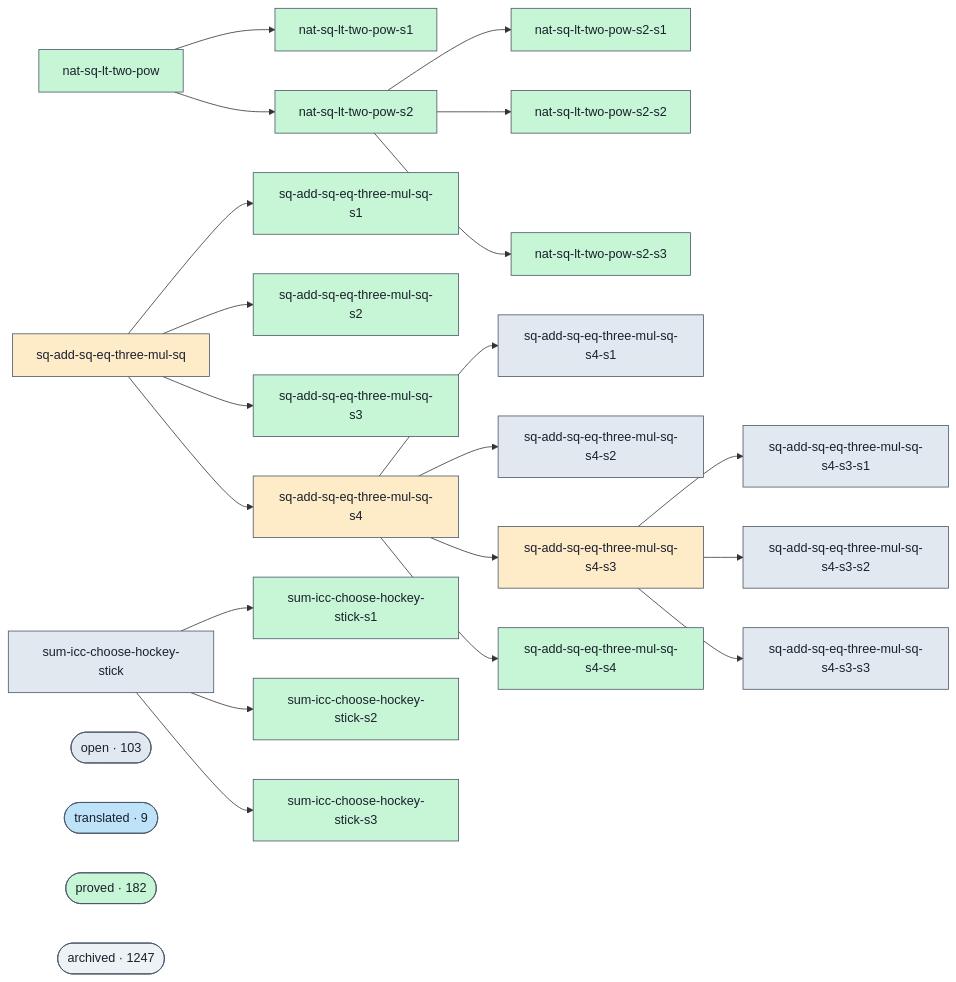
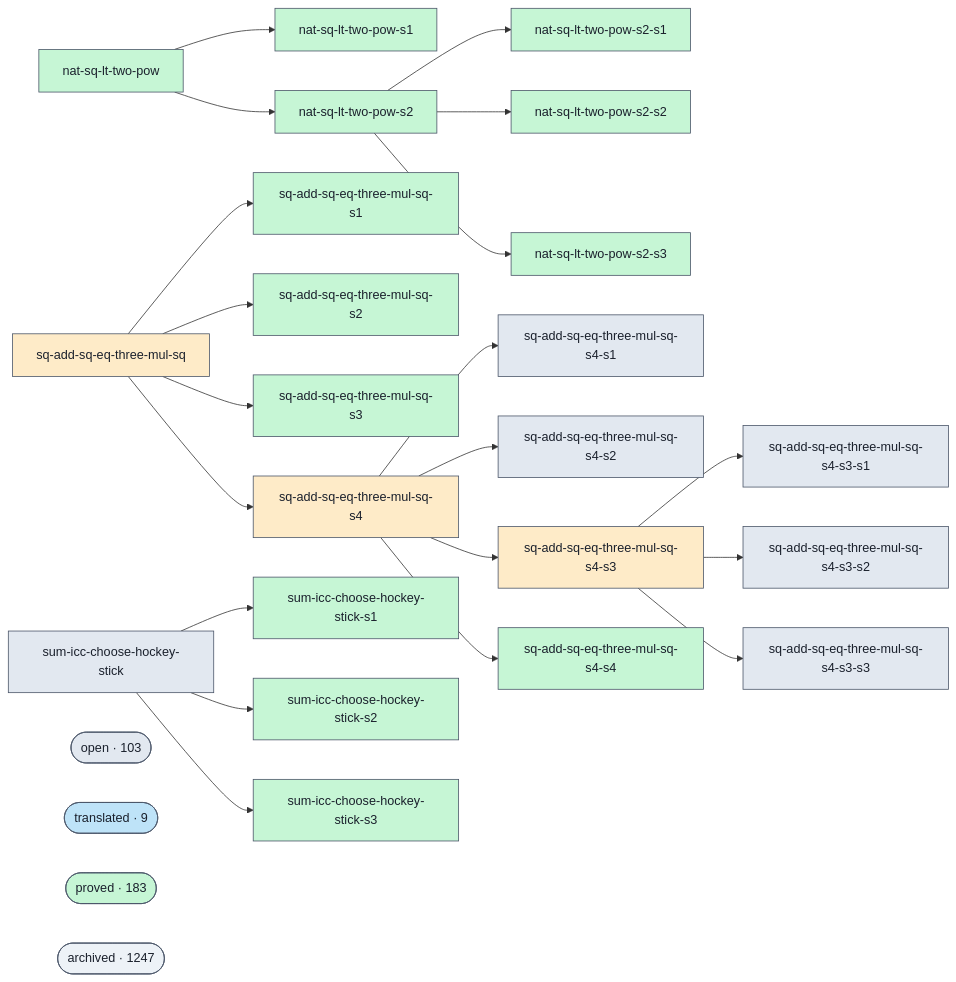
The diagram in docs/proofs-contributors-visualisation.md (Rauxon/unsorry), drawn with Mermaid before and after one commit. The commit also changed other lines of this file and 2 other files, not shown here.

```diff
--- a/docs/proofs-contributors-visualisation.md
+++ b/docs/proofs-contributors-visualisation.md
@@ -111,7 +111,7 @@
   class cluster_open open;
   cluster_translated(["translated · 9"])
   class cluster_translated translated;
-  cluster_proved(["proved · 182"])
+  cluster_proved(["proved · 183"])
   class cluster_proved proved;
   cluster_archived(["archived · 1247"])
   class cluster_archived unknown;
```
